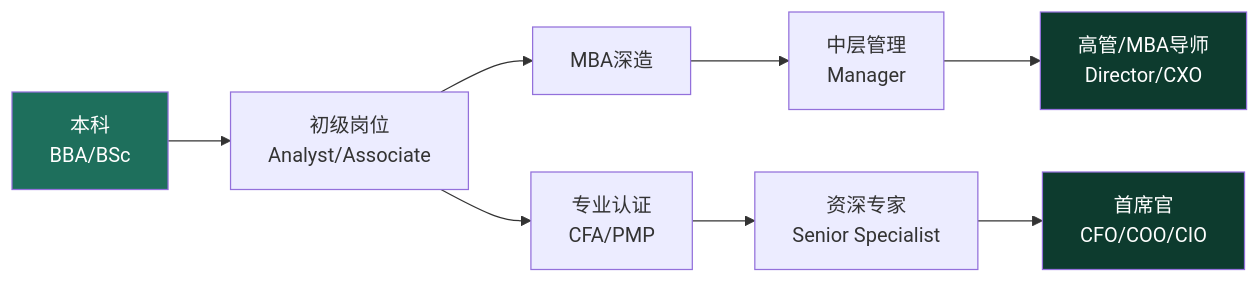
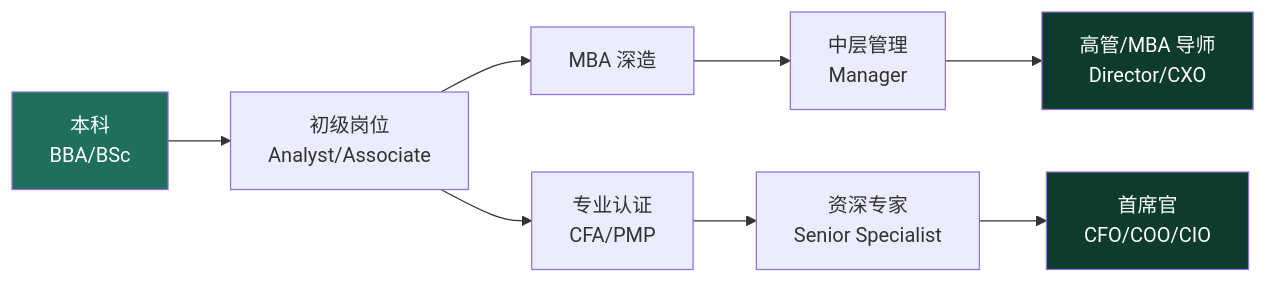
One commit to Tianshang301/TianshangKnowledgeBase changed the second of 2 diagrams in 11_ManagementSciences/LearningPath.md. Above: the diagram before and after it, drawn with Mermaid. The commit also changed other lines of this file and 2257 other files, not shown here.

````diff
--- a/11_ManagementSciences/LearningPath.md
+++ b/11_ManagementSciences/LearningPath.md
@@ -152,13 +154,13 @@
 ```mermaid
 graph LR
   A["本科<br/>BBA/BSc"] --> B["初级岗位<br/>Analyst/Associate"]
-  B --> C["MBA深造"]
+  B --> C["MBA 深造"]
   C --> D["中层管理<br/>Manager"]
-  D --> E["高管/MBA导师<br/>Director/CXO"]
+  D --> E["高管/MBA 导师<br/>Director/CXO"]
   B --> F["专业认证<br/>CFA/PMP"]
   F --> G["资深专家<br/>Senior Specialist"]
   G --> H["首席官<br/>CFO/COO/CIO"]
   style A fill:#1e6f5c,color:#fff
   style E fill:#0d3b2e,color:#fff
   style H fill:#0d3b2e,color:#fff
 ```
````
